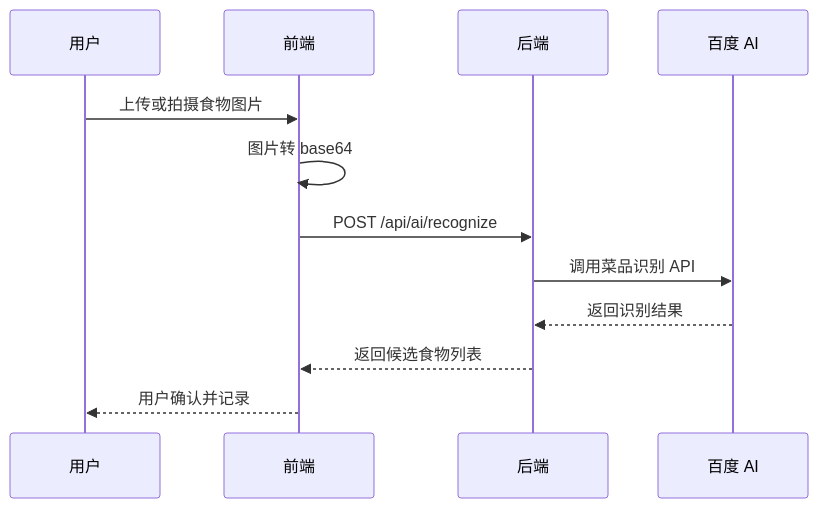
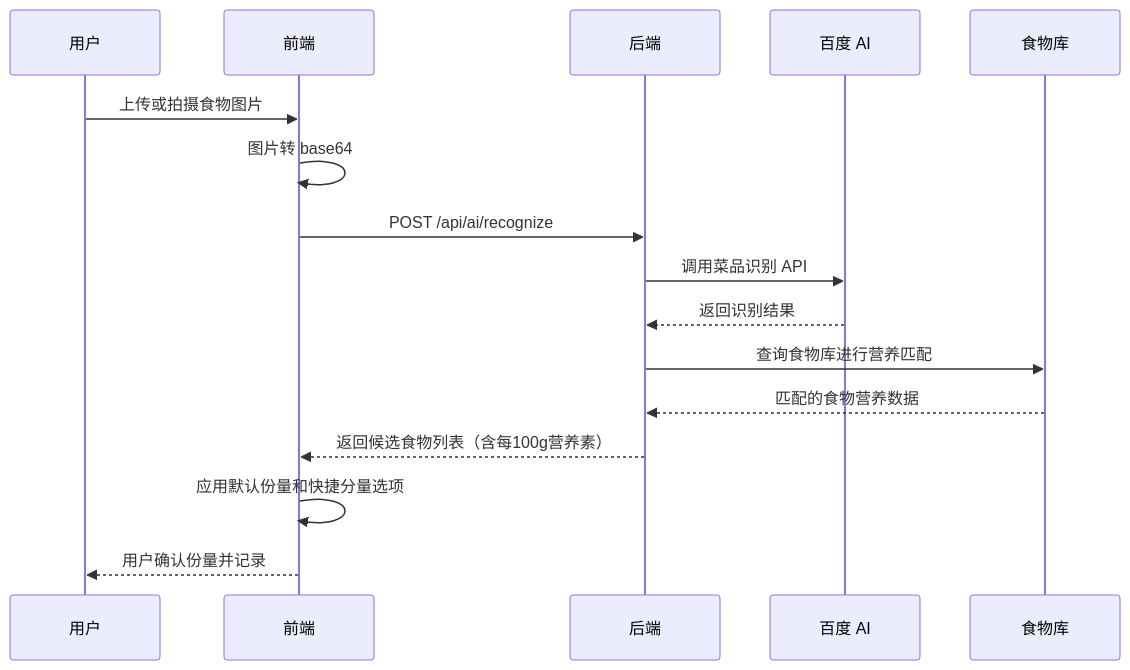
The diagram in wiki/AI-Recognition.md (zhuxiongkai/Light-Food-Diary), drawn with Mermaid before and after one commit. The commit also changed other lines of this file and 25 other files, not shown here.

````diff
--- a/wiki/AI-Recognition.md
+++ b/wiki/AI-Recognition.md
@@ -7,15 +7,19 @@
 ```mermaid
 sequenceDiagram
     participant U as 用户
     participant F as 前端
     participant S as 后端
     participant B as 百度 AI
+    participant DB as 食物库
 
     U->>F: 上传或拍摄食物图片
     F->>F: 图片转 base64
     F->>S: POST /api/ai/recognize
     S->>B: 调用菜品识别 API
     B-->>S: 返回识别结果
-    S-->>F: 返回候选食物列表
-    F-->>U: 用户确认并记录
+    S->>DB: 查询食物库进行营养匹配
+    DB-->>S: 匹配的食物营养数据
+    S-->>F: 返回候选食物列表（含每100g营养素）
+    F->>F: 应用默认份量和快捷分量选项
+    F-->>U: 用户确认份量并记录
 ```
````
